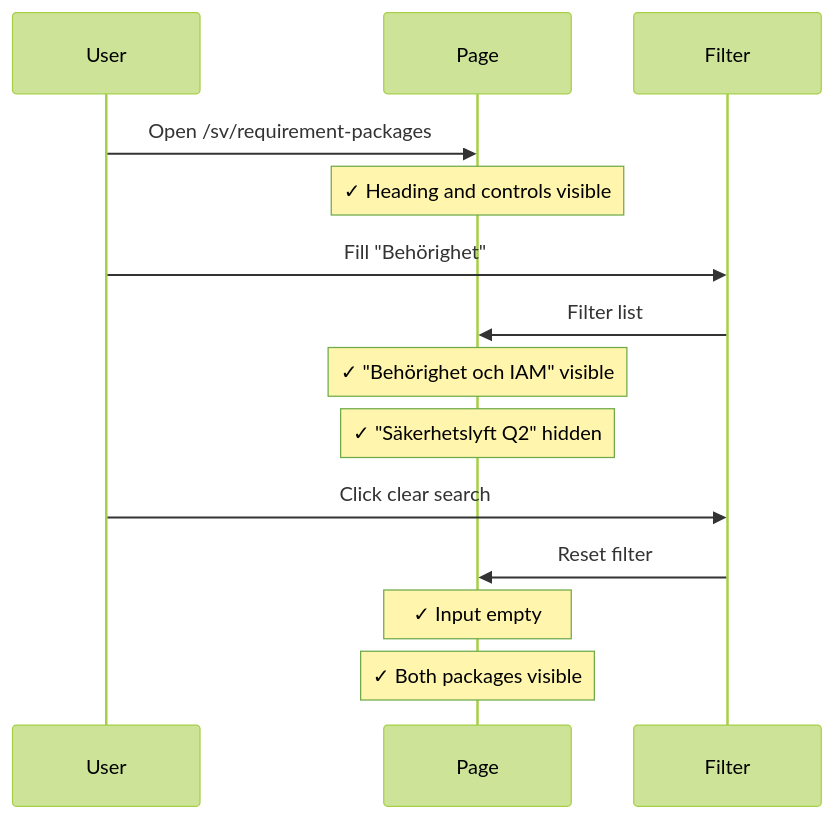
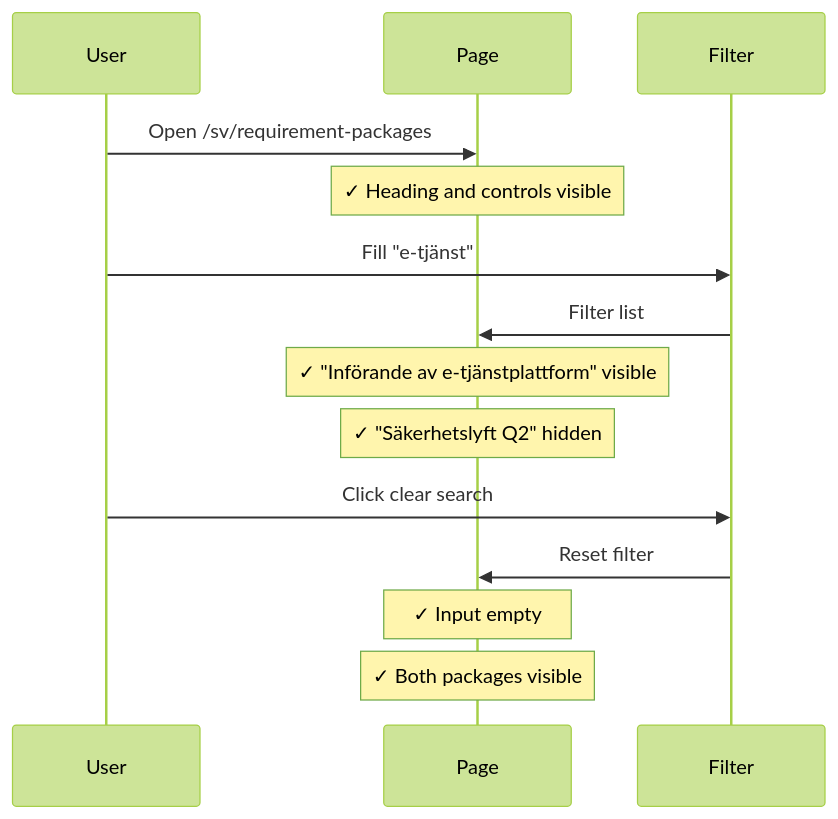
The second of 3 diagrams in tests/integration/requirement-packages-list.md (viscalyx/Kravhantering), drawn with Mermaid (forest theme) before and after one commit. The commit also changed other lines of this file and 20 other files, not shown here.

````diff
--- a/tests/integration/requirement-packages-list.md
+++ b/tests/integration/requirement-packages-list.md
@@ -58,17 +58,17 @@
 ```mermaid
 sequenceDiagram
     participant U as User
     participant P as Page
     participant F as Filter
 
     U->>P: Open /sv/requirement-packages
     Note over P: ✓ Heading and controls visible
-    U->>F: Fill "Behörighet"
+    U->>F: Fill "e-tjänst"
     F->>P: Filter list
-    Note over P: ✓ "Behörighet och IAM" visible
+    Note over P: ✓ "Införande av e-tjänstplattform" visible
     Note over P: ✓ "Säkerhetslyft Q2" hidden
     U->>F: Click clear search
     F->>P: Reset filter
     Note over P: ✓ Input empty
     Note over P: ✓ Both packages visible
 ```
````
